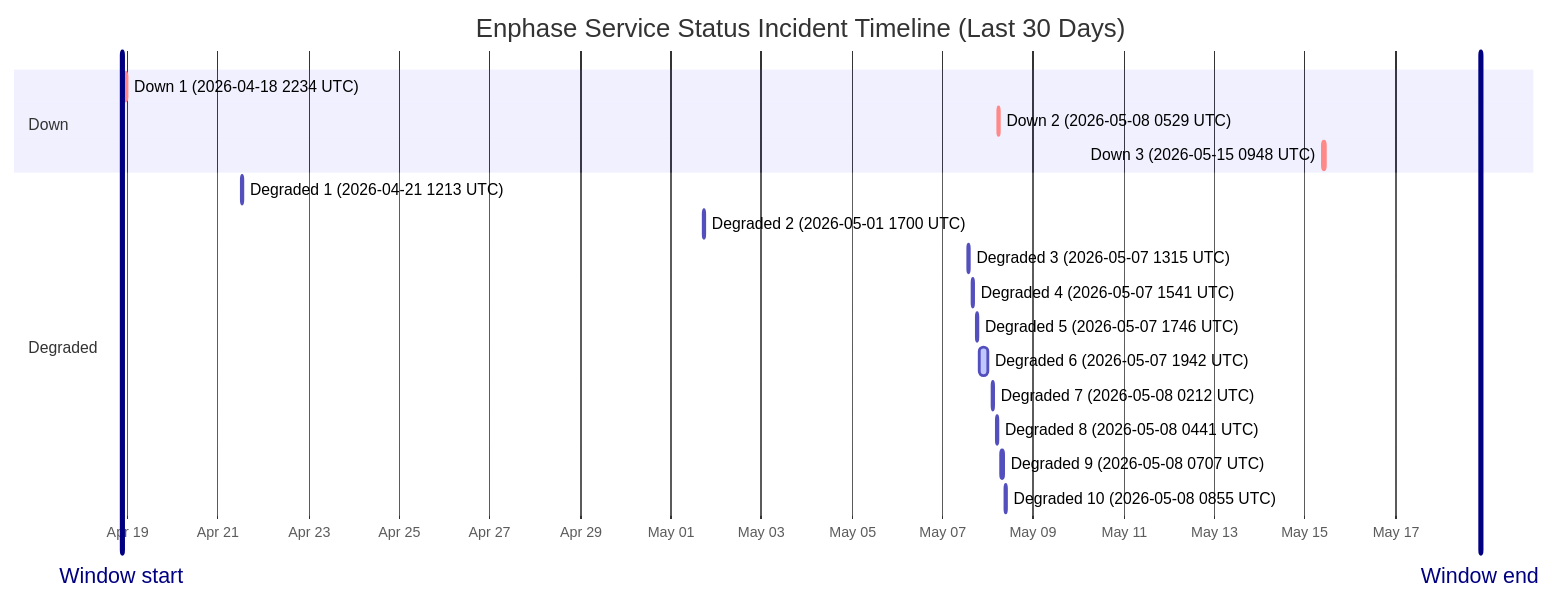
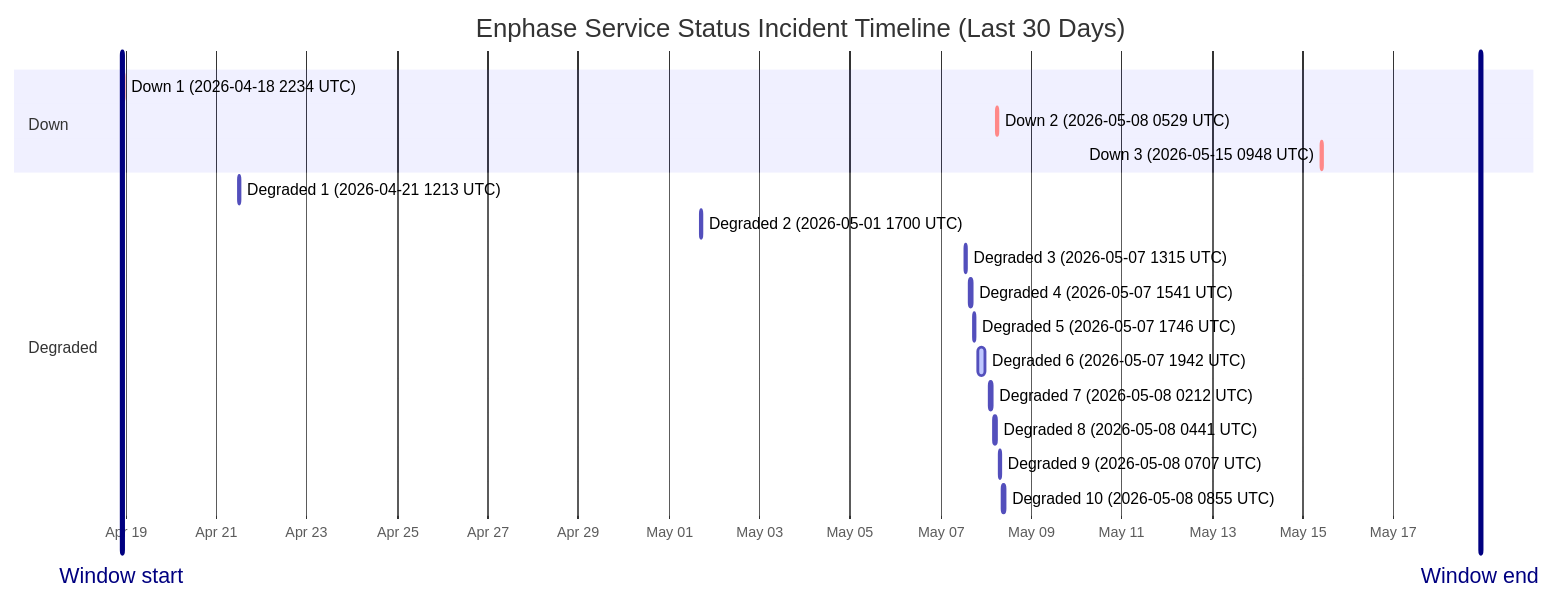
One commit to barneyonline/ha-enphase-ev-charger changed the diagram in wiki/Service-Status-History.md. Above: the diagram before and after it, drawn with Mermaid. The commit also changed other lines of this file and 3 other files, not shown here.

````diff
--- a/wiki/Service-Status-History.md
+++ b/wiki/Service-Status-History.md
@@ -14,23 +14,23 @@
 ```mermaid
 gantt
     title Enphase Service Status Incident Timeline (Last 30 Days)
     dateFormat  YYYY-MM-DDTHH:mm:ss
     axisFormat  %b %d
-    Window start :vert, window-start, 2026-04-18T20:52:31, 0ms
-    Window end :vert, window-end, 2026-05-18T20:52:31, 0ms
+    Window start :vert, window-start, 2026-04-18T22:01:39, 0ms
+    Window end :vert, window-end, 2026-05-18T22:01:39, 0ms
     section Down
     Down 1 (2026-04-18 2234 UTC) :crit, down-1, 2026-04-18T22:34:13, 60m
     Down 2 (2026-05-08 0529 UTC) :crit, down-2, 2026-05-08T05:29:47, 60m
     Down 3 (2026-05-15 0948 UTC) :crit, down-3, 2026-05-15T09:48:18, 60m
     section Degraded
     Degraded 1 (2026-04-21 1213 UTC) :active, degraded-1, 2026-04-21T12:13:11, 60m
     Degraded 2 (2026-05-01 1700 UTC) :active, degraded-2, 2026-05-01T17:00:22, 60m
     Degraded 3 (2026-05-07 1315 UTC) :active, degraded-3, 2026-05-07T13:15:25, 60m
     Degraded 4 (2026-05-07 1541 UTC) :active, degraded-4, 2026-05-07T15:41:58, 60m
     Degraded 5 (2026-05-07 1746 UTC) :active, degraded-5, 2026-05-07T17:46:51, 60m
     Degraded 6 (2026-05-07 1942 UTC) :active, degraded-6, 2026-05-07T19:42:10, 249m
     Degraded 7 (2026-05-08 0212 UTC) :active, degraded-7, 2026-05-08T02:12:39, 60m
     Degraded 8 (2026-05-08 0441 UTC) :active, degraded-8, 2026-05-08T04:41:46, 60m
     Degraded 9 (2026-05-08 0707 UTC) :active, degraded-9, 2026-05-08T07:07:30, 60m
     Degraded 10 (2026-05-08 0855 UTC) :active, degraded-10, 2026-05-08T08:55:20, 88m
 ```
````
